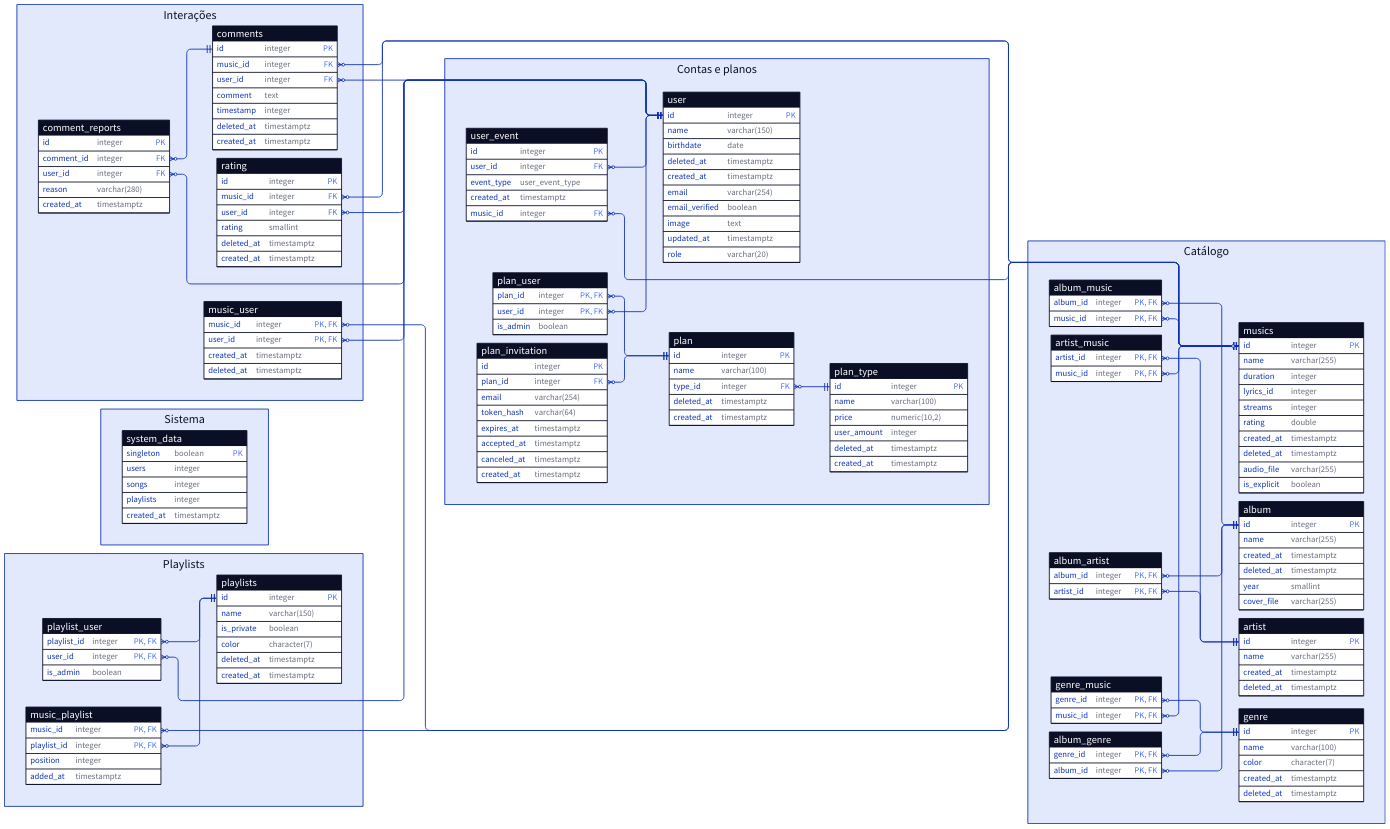
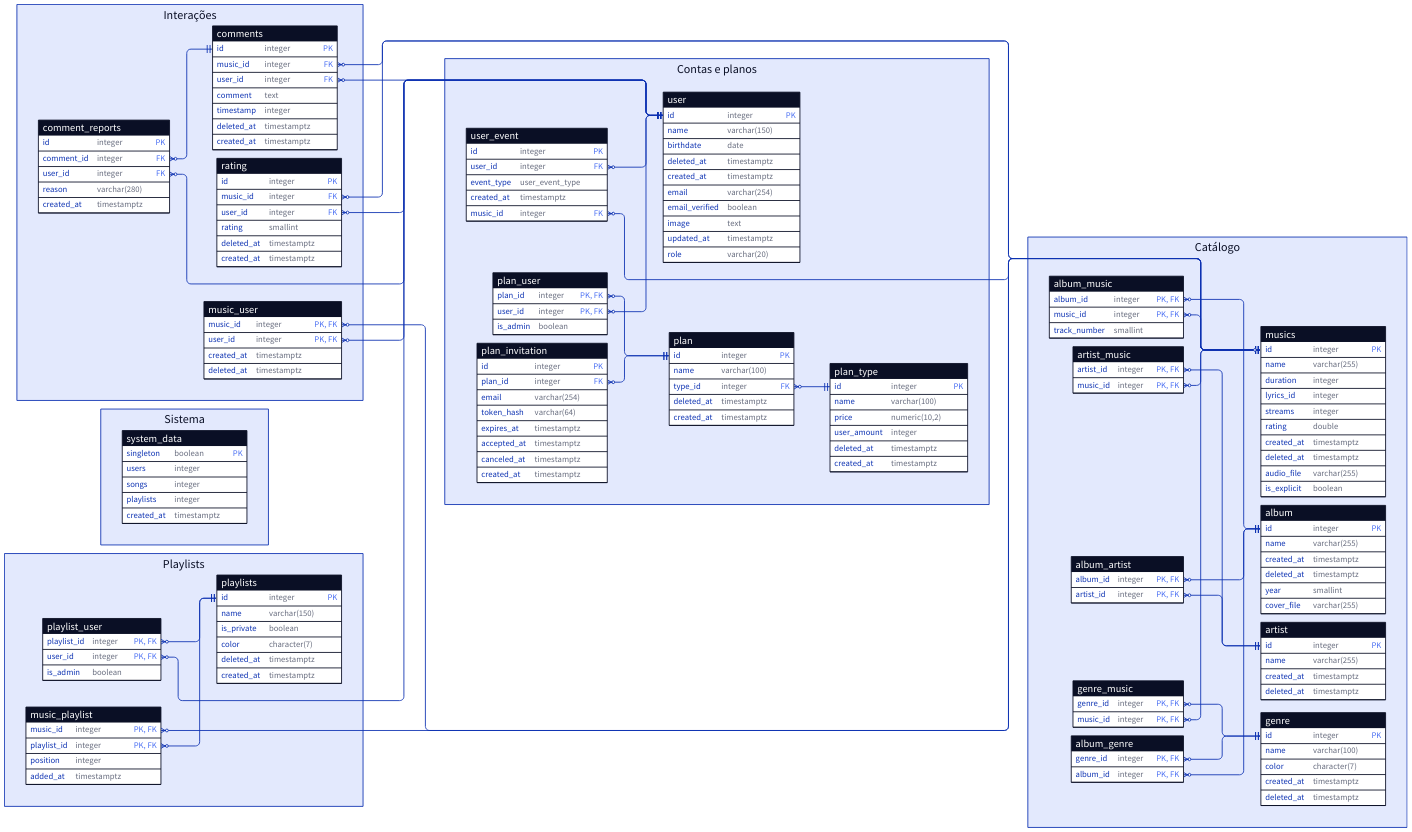
One commit to Warphn/Zovic changed the diagram in docs/assets/modelo-er-gerado.d2. Above: the diagram before and after it, drawn with D2. The commit also changed 16 other files, not shown here.

```diff
--- a/docs/assets/modelo-er-gerado.d2
+++ b/docs/assets/modelo-er-gerado.d2
@@ -101,6 +101,7 @@
     shape: sql_table
     album_id: "integer" {constraint: [primary_key; foreign_key]}
     music_id: "integer" {constraint: [primary_key; foreign_key]}
+    track_number: "smallint"
   }
   artist_music: {
     shape: sql_table
```
